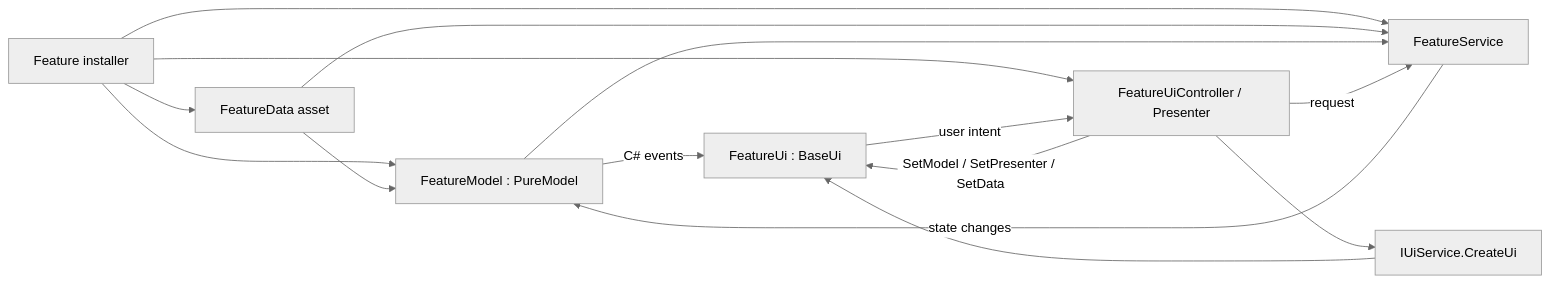
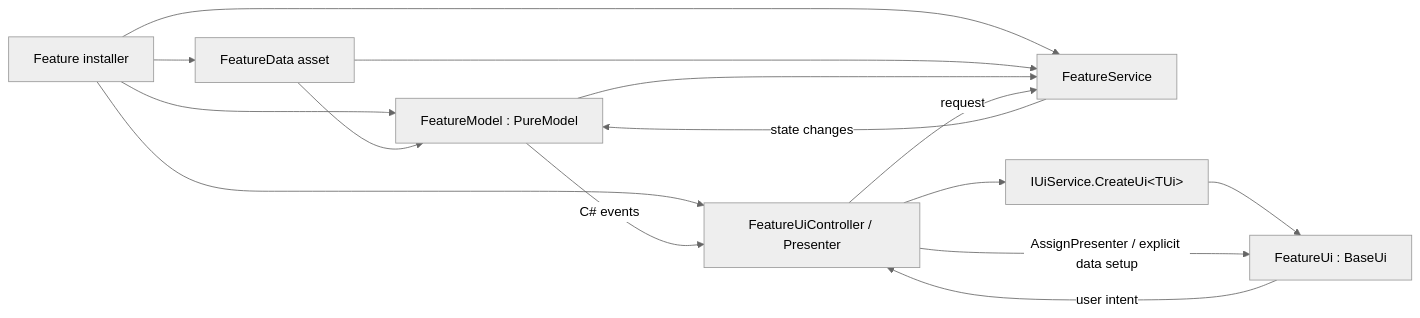
One commit to GolinSky/empire-at-war changed the diagram in EmpireAtWarDocumentation/Architecture/UI_REFACTORING_PLAYBOOK - Research.md. Above: the diagram before and after it, drawn with Mermaid (neutral theme). The commit also changed other lines of this file and 280 other files, not shown here.

````diff
--- a/EmpireAtWarDocumentation/Architecture/UI_REFACTORING_PLAYBOOK - Research.md
+++ b/EmpireAtWarDocumentation/Architecture/UI_REFACTORING_PLAYBOOK - Research.md
@@ -38,17 +38,17 @@
 ```mermaid
 flowchart LR
     Installer["Feature installer"] --> Data["FeatureData asset"]
     Installer --> Model["FeatureModel : PureModel"]
     Installer --> Service["FeatureService"]
     Installer --> Presenter["FeatureUiController / Presenter"]
     Data --> Model
     Data --> Service
     Model --> Service
-    Presenter --> UiService["IUiService.CreateUi"]
+    Presenter --> UiService["IUiService.CreateUi&lt;TUi&gt;"]
     UiService --> View["FeatureUi : BaseUi"]
-    Presenter -->|"SetModel / SetPresenter / SetData"| View
+    Presenter -->|"AssignPresenter / explicit data setup"| View
     View -->|"user intent"| Presenter
     Presenter -->|"request"| Service
     Service -->|"state changes"| Model
-    Model -->|"C# events"| View
+    Model -->|"C# events"| Presenter
 ```
````
